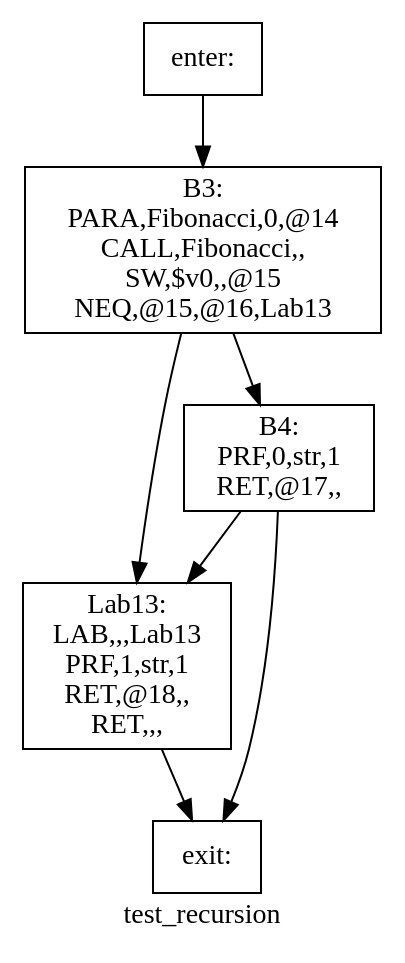
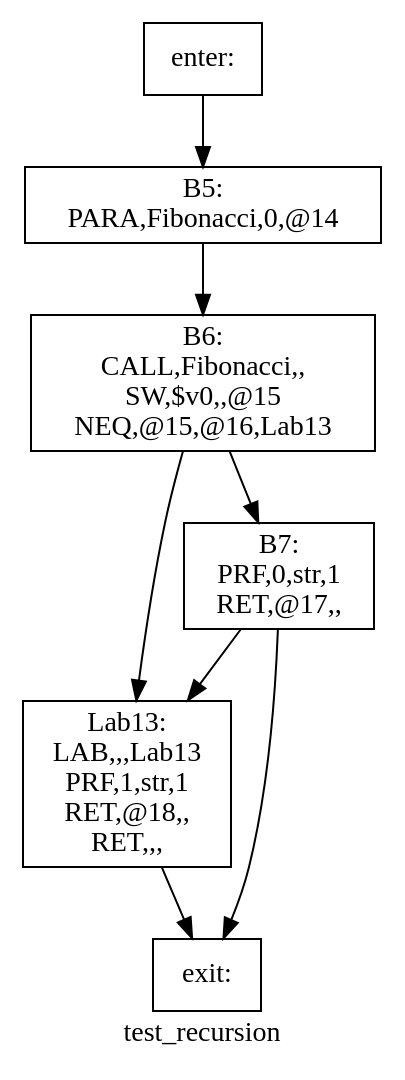
The diagram in Compiler/basic_block/dot/test_recursion.dot (yifan123/Compiler), drawn with Graphviz before and after one commit. The commit also changed 157 other files, not shown here.

Commit message:
整个编译器已经完工，优化已做了： 1. 常量折叠 2. 划分基本块并使用graphviz绘制控制流图 3. 在parser时直接将所有常量的值计算出来 4. 到达定义分析，计算d-u链和活跃变量分析 5. 构建冲突图，图着色（这个可能还有bug） 6. 错误处理，错误skip，错误打印 接下来准备做： 1. 全局寄存器分配

```diff
--- a/Compiler/basic_block/dot/test_recursion.dot
+++ b/Compiler/basic_block/dot/test_recursion.dot
@@ -1,14 +1,16 @@
 digraph test_recursion{
 label =test_recursion
-B3[label="B3:\nPARA,Fibonacci,0,@14\nCALL,Fibonacci,,\nSW,$v0,,@15\nNEQ,@15,@16,Lab13\n" shape=box]
-B4[label="B4:\nPRF,0,str,1\nRET,@17,,\n" shape=box]
+B5[label="B5:\nPARA,Fibonacci,0,@14\n" shape=box]
+B6[label="B6:\nCALL,Fibonacci,,\nSW,$v0,,@15\nNEQ,@15,@16,Lab13\n" shape=box]
+B7[label="B7:\nPRF,0,str,1\nRET,@17,,\n" shape=box]
 Lab13[label="Lab13:\nLAB,,,Lab13\nPRF,1,str,1\nRET,@18,,\nRET,,,\n" shape=box]
 enter[label="enter:\n" shape=box]
 exit[label="exit:\n" shape=box]
-B3->B4
-B3->Lab13
-B4->Lab13
-B4->exit
+B5->B6
+B6->B7
+B6->Lab13
+B7->Lab13
+B7->exit
 Lab13->exit
-enter->B3
+enter->B5
 }
```
